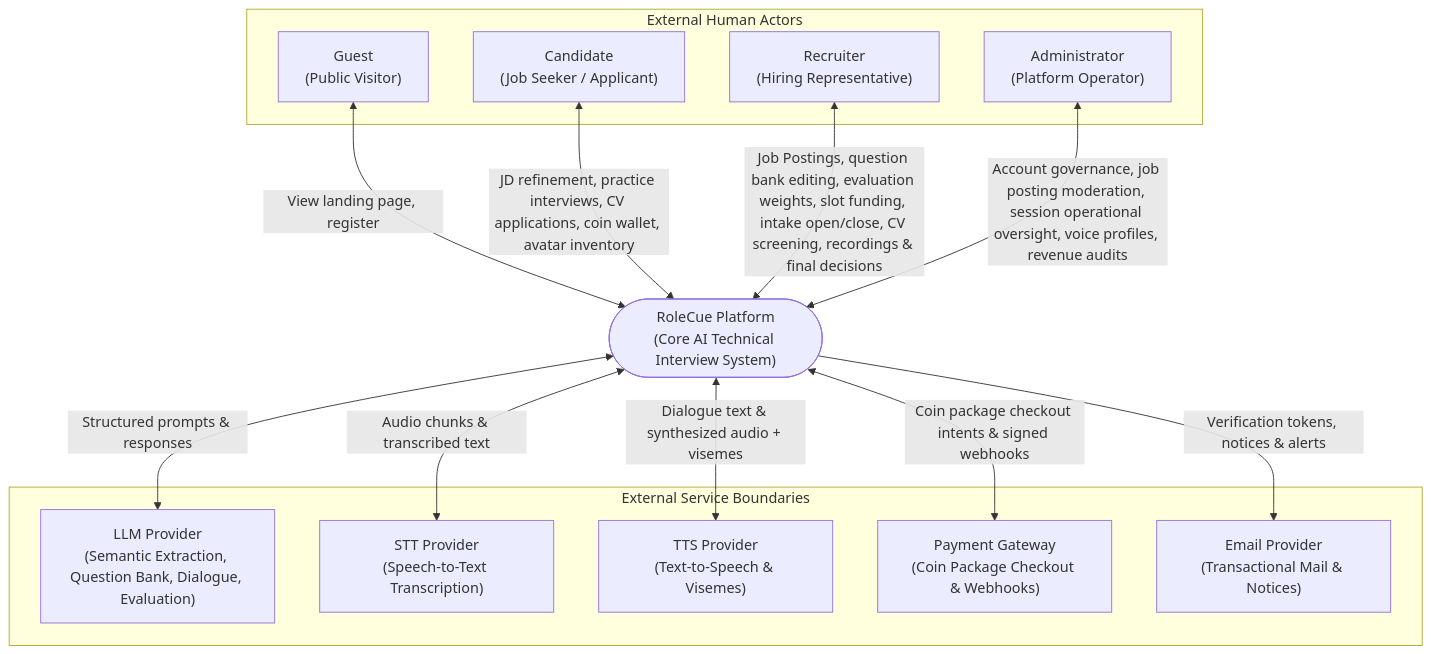
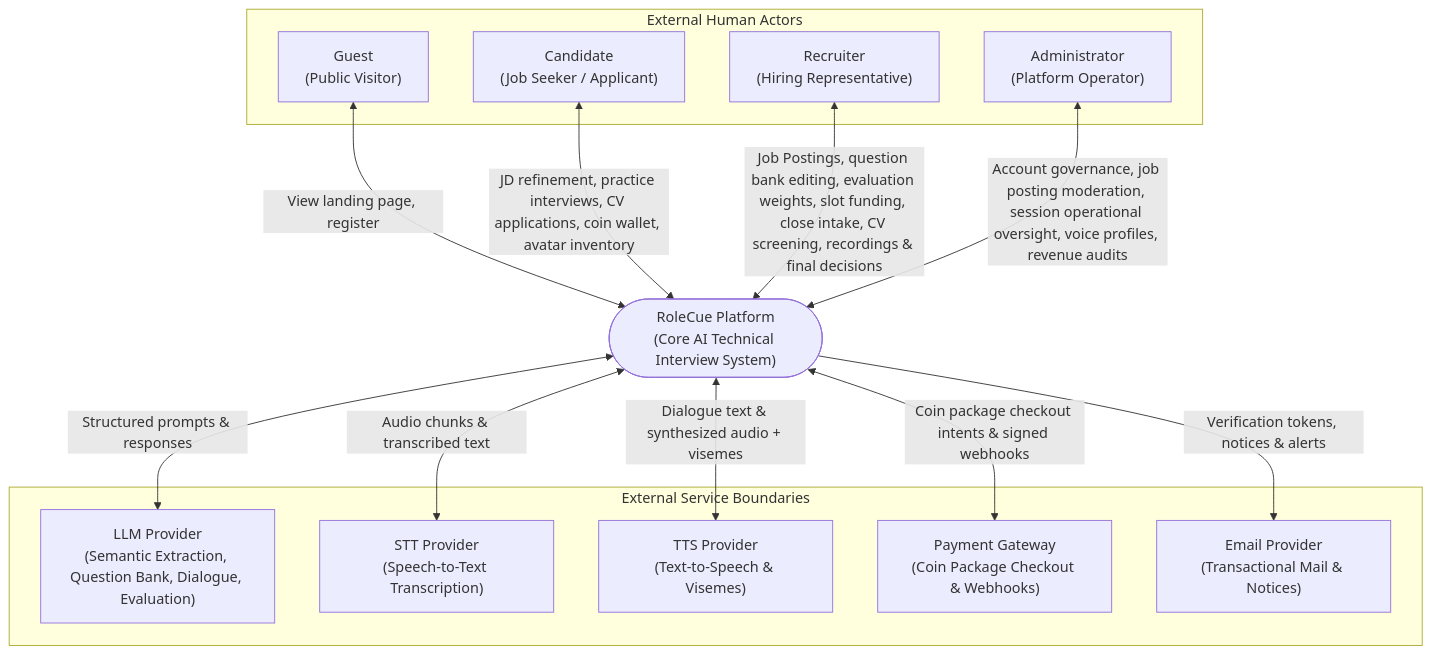
One commit to cog-forge/role-cue-brain changed the diagram in 02_System/Context.md. Above: the diagram before and after it, drawn with Mermaid. The commit also changed other lines of this file and 16 other files, not shown here.

````diff
--- a/02_System/Context.md
+++ b/02_System/Context.md
@@ -33,32 +33,32 @@
 ```mermaid
 flowchart TD
     subgraph ExternalActors["External Human Actors"]
         GUEST["Guest<br/>(Public Visitor)"]
         CAND["Candidate<br/>(Job Seeker / Applicant)"]
         REC["Recruiter<br/>(Hiring Representative)"]
         ADMIN["Administrator<br/>(Platform Operator)"]
     end
 
     SYSTEM(["RoleCue Platform<br/>(Core AI Technical Interview System)"])
 
     subgraph ExternalServices["External Service Boundaries"]
         LLM["LLM Provider<br/>(Semantic Extraction, Question Bank, Dialogue, Evaluation)"]
         STT["STT Provider<br/>(Speech-to-Text Transcription)"]
         TTS["TTS Provider<br/>(Text-to-Speech & Visemes)"]
         PAY["Payment Gateway<br/>(Coin Package Checkout & Webhooks)"]
         EMAIL["Email Provider<br/>(Transactional Mail & Notices)"]
     end
 
     %% Actor Interactions
     GUEST <-->|"View landing page, register"| SYSTEM
     CAND <-->|"JD refinement, practice interviews, CV applications, coin wallet, avatar inventory"| SYSTEM
-    REC <-->|"Job Postings, question bank editing, evaluation weights, slot funding, intake open/close, CV screening, recordings & final decisions"| SYSTEM
+    REC <-->|"Job Postings, question bank editing, evaluation weights, slot funding, close intake, CV screening, recordings & final decisions"| SYSTEM
     ADMIN <-->|"Account governance, job posting moderation, session operational oversight, voice profiles, revenue audits"| SYSTEM
 
     %% Service Interactions
     SYSTEM <-->|"Structured prompts & responses"| LLM
     SYSTEM <-->|"Audio chunks & transcribed text"| STT
     SYSTEM <-->|"Dialogue text & synthesized audio + visemes"| TTS
     SYSTEM <-->|"Coin package checkout intents & signed webhooks"| PAY
     SYSTEM -->|"Verification tokens, notices & alerts"| EMAIL
 ```
````
